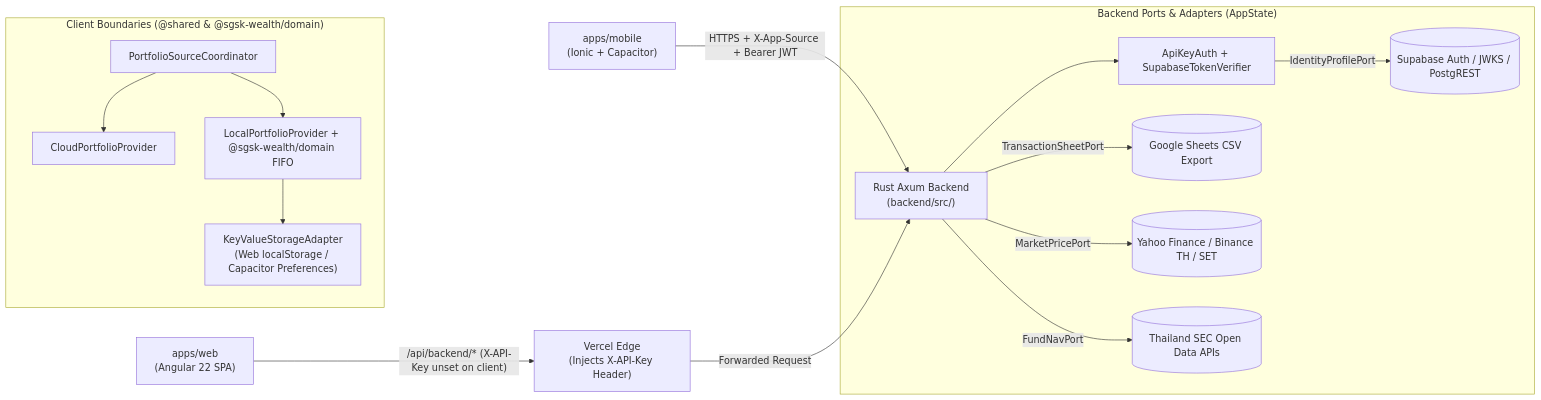
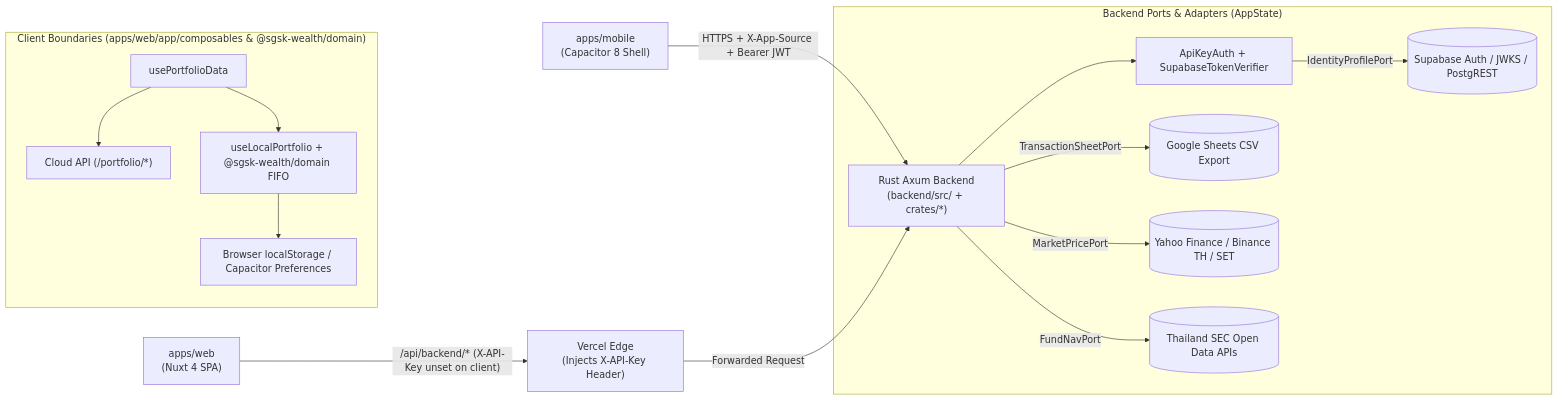
One commit to vipatpolk/SGSK-Wealth changed the diagram in docs/architecture/overview.md. Above: the diagram before and after it, drawn with Mermaid. The commit also changed other lines of this file and 408 other files, not shown here.

Commit message:
feat(web,backend,docs): migrate to Nuxt 4 wealth terminal, live parity for Analytics, Tools, PVD, dividends and docs

````diff
--- a/docs/architecture/overview.md
+++ b/docs/architecture/overview.md
@@ -35,20 +35,20 @@
 ```mermaid
 flowchart LR
-    WebApp["apps/web\n(Angular 22 SPA)"] -->|"/api/backend/* (X-API-Key unset on client)"| VercelEdge["Vercel Edge\n(Injects X-API-Key Header)"]
-    MobileApp["apps/mobile\n(Ionic + Capacitor)"] -->|"HTTPS + X-App-Source + Bearer JWT"| Backend
-    VercelEdge -->|"Forwarded Request"| Backend["Rust Axum Backend\n(backend/src/)"]
+    WebApp["apps/web\n(Nuxt 4 SPA)"] -->|"/api/backend/* (X-API-Key unset on client)"| VercelEdge["Vercel Edge\n(Injects X-API-Key Header)"]
+    MobileApp["apps/mobile\n(Capacitor 8 Shell)"] -->|"HTTPS + X-App-Source + Bearer JWT"| Backend
+    VercelEdge -->|"Forwarded Request"| Backend["Rust Axum Backend\n(backend/src/ + crates/*)"]
 
-    subgraph "Client Boundaries (@shared & @sgsk-wealth/domain)"
-        Coordinator["PortfolioSourceCoordinator"] --> CloudProv["CloudPortfolioProvider"]
-        Coordinator --> LocalProv["LocalPortfolioProvider + @sgsk-wealth/domain FIFO"]
-        LocalProv --> Storage["KeyValueStorageAdapter\n(Web localStorage / Capacitor Preferences)"]
+    subgraph "Client Boundaries (apps/web/app/composables & @sgsk-wealth/domain)"
+        Coordinator["usePortfolioData"] --> CloudProv["Cloud API (/portfolio/*)"]
+        Coordinator --> LocalProv["useLocalPortfolio + @sgsk-wealth/domain FIFO"]
+        LocalProv --> Storage["Browser localStorage / Capacitor Preferences"]
     end
 
     subgraph "Backend Ports & Adapters (AppState)"
         Backend --> AuthGuard["ApiKeyAuth + SupabaseTokenVerifier"]
         AuthGuard -->|"IdentityProfilePort"| Supabase[("Supabase Auth / JWKS / PostgREST")]
         Backend -->|"TransactionSheetPort"| Sheets[("Google Sheets CSV Export")]
         Backend -->|"MarketPricePort"| Market[("Yahoo Finance / Binance TH / SET")]
         Backend -->|"FundNavPort"| SEC[("Thailand SEC Open Data APIs")]
     end
 ```
````
